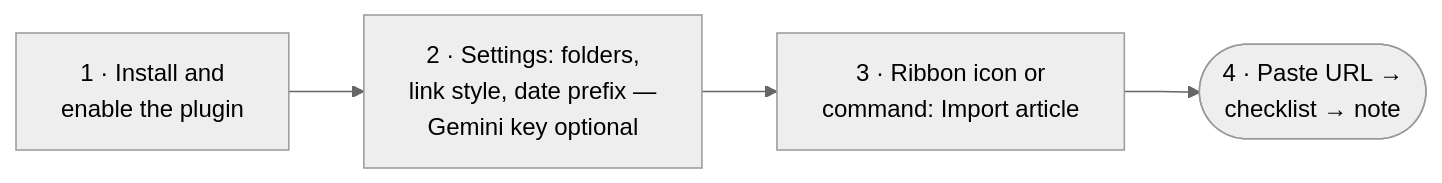
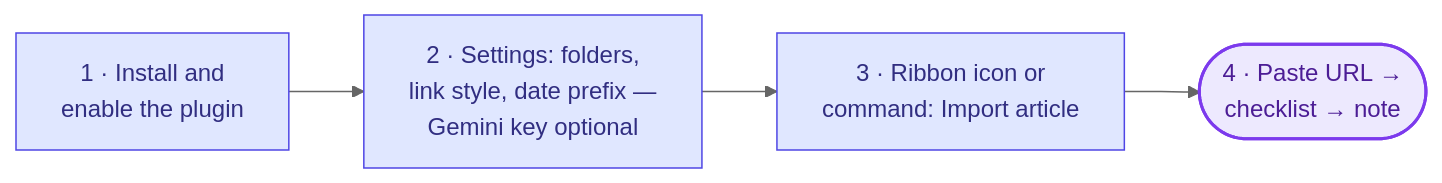
Before and after one commit to DyllonWright/Wikipedia-To-Obsidian-Markdown: the second of 2 diagrams in README.md, drawn with Mermaid (neutral theme). The commit also changed other lines of this file and 6 other files, not shown here.

````diff
--- a/README.md
+++ b/README.md
@@ -40,6 +64,13 @@
 ```mermaid
+%%{init: {'flowchart': {'curve': 'basis'}}}%%
 flowchart LR
     A["1 · Install and<br/>enable the plugin"] --> B["2 · Settings: folders,<br/>link style, date prefix —<br/>Gemini key optional"]
     B --> C["3 · Ribbon icon or<br/>command: Import article"]
     C --> D(["4 · Paste URL →<br/>checklist → note"])
+
+    classDef terminal fill:#ede9fe,stroke:#7c3aed,color:#4c1d95,stroke-width:2px;
+    classDef step fill:#e0e7ff,stroke:#4f46e5,color:#312e81,stroke-width:1px;
+
+    class A,B,C step;
+    class D terminal;
 ```
````
